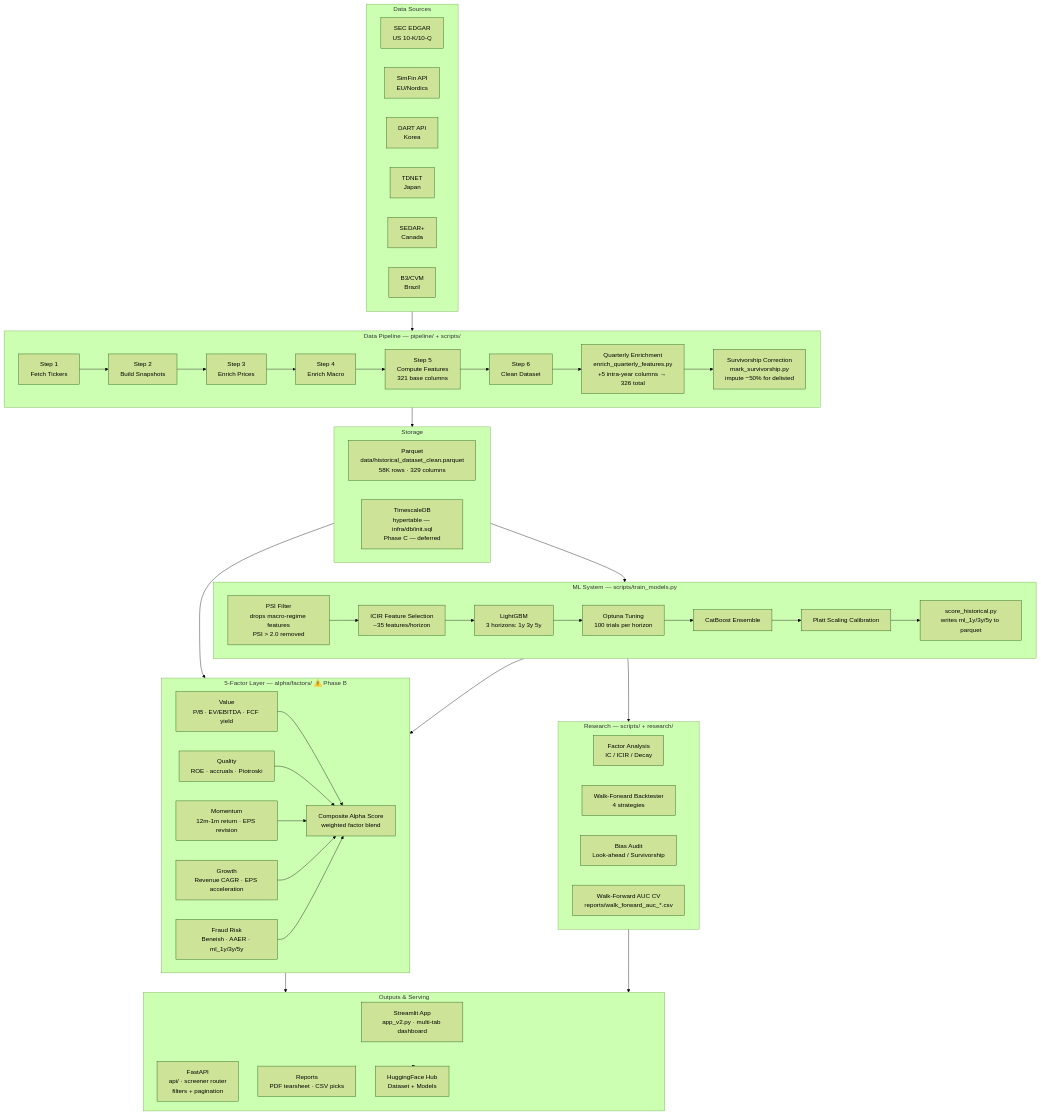
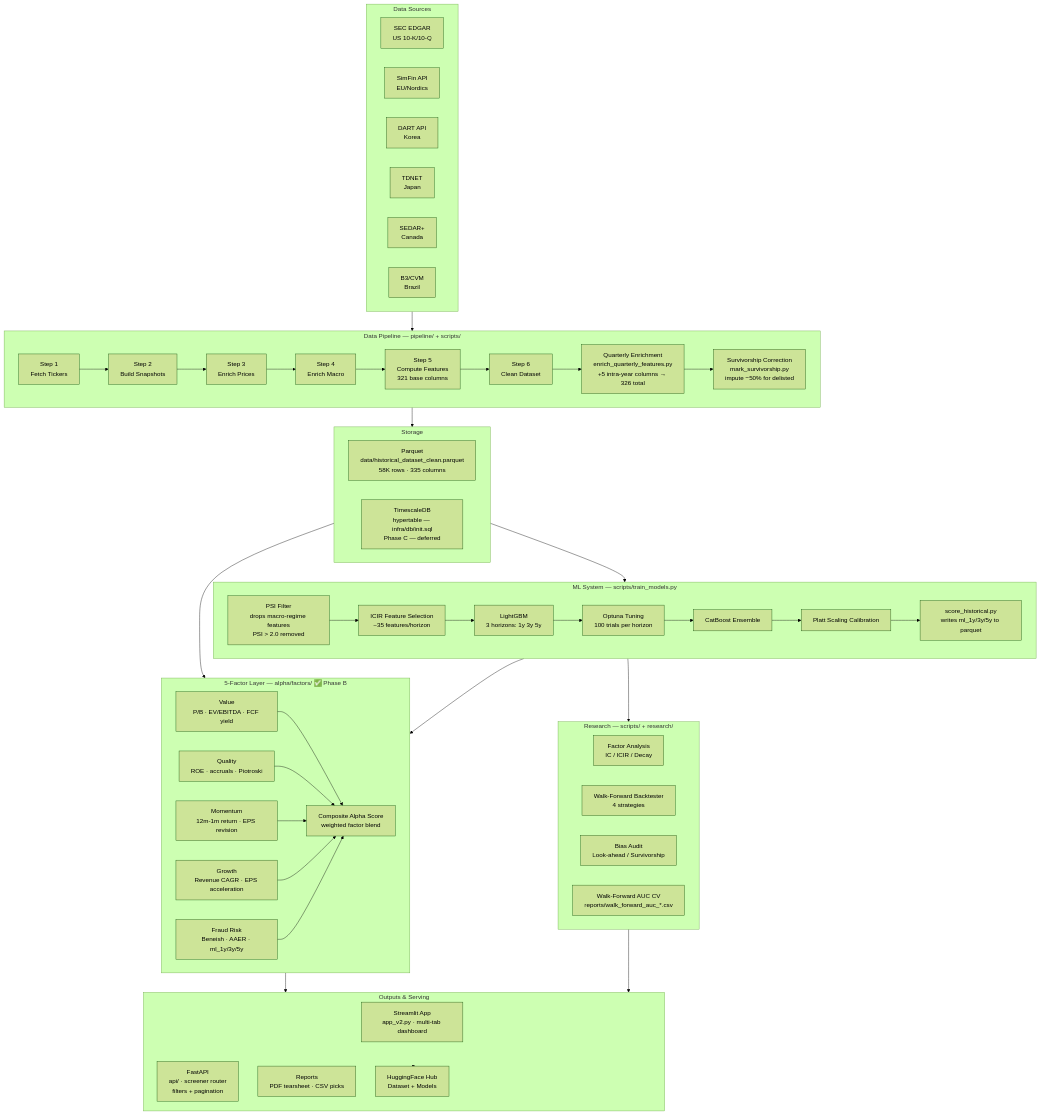
The first of 3 diagrams in docs/architecture.md (sherlock718/stock-fraud-screener), drawn with Mermaid (forest theme) before and after one commit. The commit also changed other lines of this file and 14 other files, not shown here.

First line of the commit message:
feat(alpha): build 5-factor alpha package + compute_alpha.py

````diff
--- a/docs/architecture.md
+++ b/docs/architecture.md
@@ -7,73 +7,73 @@
 ```mermaid
 graph TB
     subgraph Sources["Data Sources"]
         A1[SEC EDGAR<br/>US 10-K/10-Q]
         A2[SimFin API<br/>EU/Nordics]
         A3[DART API<br/>Korea]
         A4[TDNET<br/>Japan]
         A5[SEDAR+<br/>Canada]
         A6[B3/CVM<br/>Brazil]
     end
 
     subgraph Pipeline["Data Pipeline — pipeline/ + scripts/"]
         B1[Step 1<br/>Fetch Tickers]
         B2[Step 2<br/>Build Snapshots]
         B3[Step 3<br/>Enrich Prices]
         B4[Step 4<br/>Enrich Macro]
         B5[Step 5<br/>Compute Features<br/>321 base columns]
         B6[Step 6<br/>Clean Dataset]
         B7[Quarterly Enrichment<br/>enrich_quarterly_features.py<br/>+5 intra-year columns → 326 total]
         B8[Survivorship Correction<br/>mark_survivorship.py<br/>impute −50% for delisted]
         B1 --> B2 --> B3 --> B4 --> B5 --> B6 --> B7 --> B8
     end
 
-    subgraph Factors["5-Factor Layer — alpha/factors/ ⚠️ Phase B"]
+    subgraph Factors["5-Factor Layer — alpha/factors/ ✅ Phase B"]
         F1[Value<br/>P/B · EV/EBITDA · FCF yield]
         F2[Quality<br/>ROE · accruals · Piotroski]
         F3[Momentum<br/>12m-1m return · EPS revision]
         F4[Growth<br/>Revenue CAGR · EPS acceleration]
         F5[Fraud Risk<br/>Beneish · AAER · ml_1y/3y/5y]
         FA[Composite Alpha Score<br/>weighted factor blend]
         F1 & F2 & F3 & F4 & F5 --> FA
     end
 
     subgraph ML["ML System — scripts/train_models.py"]
         C0[PSI Filter<br/>drops macro-regime features<br/>PSI > 2.0 removed]
         C1[ICIR Feature Selection<br/>~35 features/horizon]
         C2[LightGBM<br/>3 horizons: 1y 3y 5y]
         C3[Optuna Tuning<br/>100 trials per horizon]
         C4[CatBoost Ensemble]
         C5[Platt Scaling Calibration]
         C6[score_historical.py<br/>writes ml_1y/3y/5y to parquet]
         C0 --> C1 --> C2 --> C3 --> C4 --> C5 --> C6
     end
 
     subgraph Research["Research — scripts/ + research/"]
         D1[Factor Analysis<br/>IC / ICIR / Decay]
         D2[Walk-Forward Backtester<br/>4 strategies]
         D3[Bias Audit<br/>Look-ahead / Survivorship]
         D4[Walk-Forward AUC CV<br/>reports/walk_forward_auc_*.csv]
     end
 
     subgraph Storage["Storage"]
-        S1[Parquet<br/>data/historical_dataset_clean.parquet<br/>58K rows · 329 columns]
+        S1[Parquet<br/>data/historical_dataset_clean.parquet<br/>58K rows · 335 columns]
         S2[TimescaleDB<br/>hypertable — infra/db/init.sql<br/>Phase C — deferred]
     end
 
     subgraph Outputs["Outputs & Serving"]
         E1[Streamlit App<br/>app_v2.py · multi-tab dashboard]
         E2[FastAPI<br/>api/ · screener router<br/>filters + pagination]
         E3[Reports<br/>PDF tearsheet · CSV picks]
         E4[HuggingFace Hub<br/>Dataset + Models]
     end
 
     Sources --> Pipeline
     Pipeline --> Storage
     Storage --> ML
     Storage --> Factors
     ML --> Factors
     ML --> Research
     Factors --> Outputs
     Research --> Outputs
     Outputs --> E4
 ```
````
